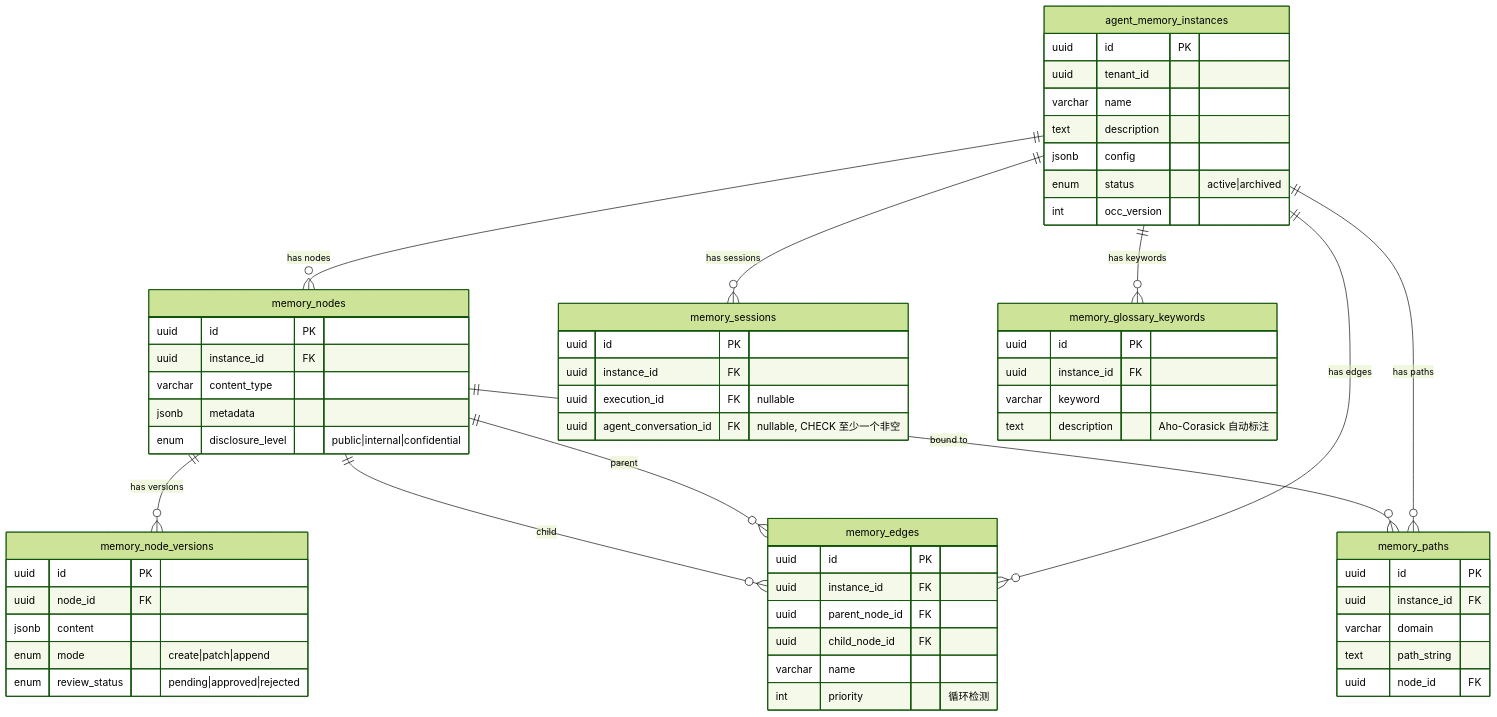
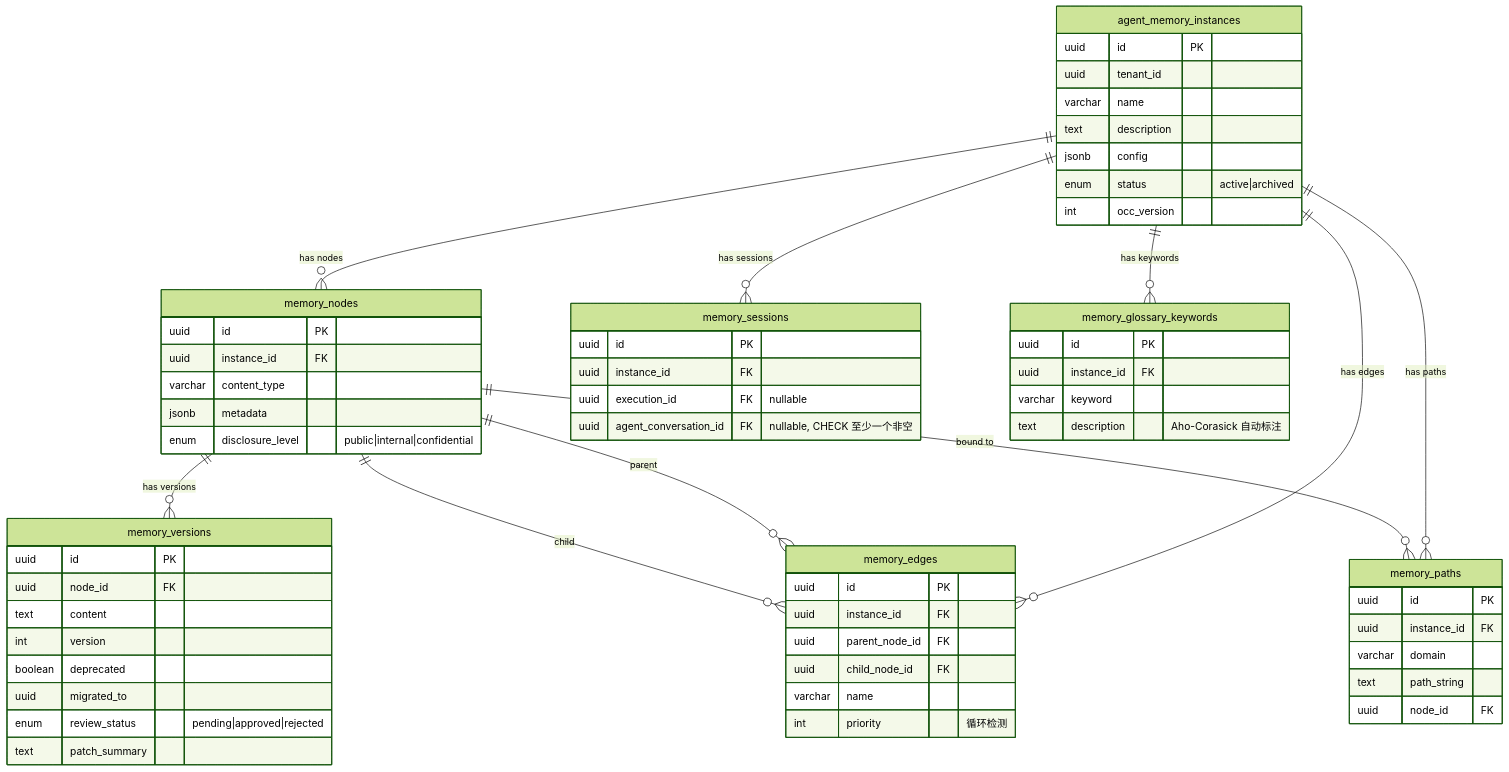
Before and after one commit to Lynricsy/AgentLoom: the sixth of 7 diagrams in agentloom-docs/zh/server/database.md, drawn with Mermaid (forest theme). The commit also changed other lines of this file and 1 other file, not shown here.

Commit message:
docs(server,plugins): 📝 修正 memory_versions 表名 + SDK PortDataType 加入 agent
- database.md: memory_node_versions → memory_versions (对齐代码实际表名)
- database.md: ER 图更新 memory_versions 字段结构
- plugins/sdk.md: 9 种 → 10 种端口数据类型，加入 agent

````diff
--- a/agentloom-docs/zh/server/database.md
+++ b/agentloom-docs/zh/server/database.md
@@ -439,69 +439,72 @@
 ```mermaid
 erDiagram
     agent_memory_instances {
         uuid id PK
         uuid tenant_id
         varchar name
         text description
         jsonb config
         enum status "active|archived"
         int occ_version
     }
 
     memory_nodes {
         uuid id PK
         uuid instance_id FK
         varchar content_type
         jsonb metadata
         enum disclosure_level "public|internal|confidential"
     }
 
     memory_edges {
         uuid id PK
         uuid instance_id FK
         uuid parent_node_id FK
         uuid child_node_id FK
         varchar name
         int priority "循环检测"
     }
 
     memory_paths {
         uuid id PK
         uuid instance_id FK
         varchar domain
         text path_string
         uuid node_id FK
     }
 
-    memory_node_versions {
+    memory_versions {
         uuid id PK
         uuid node_id FK
-        jsonb content
-        enum mode "create|patch|append"
+        text content
+        int version
+        boolean deprecated
+        uuid migrated_to
         enum review_status "pending|approved|rejected"
+        text patch_summary
     }
 
     memory_sessions {
         uuid id PK
         uuid instance_id FK
         uuid execution_id FK "nullable"
         uuid agent_conversation_id FK "nullable, CHECK 至少一个非空"
     }
 
     memory_glossary_keywords {
         uuid id PK
         uuid instance_id FK
         varchar keyword
         text description "Aho-Corasick 自动标注"
     }
 
     agent_memory_instances ||--o{ memory_nodes : "has nodes"
     agent_memory_instances ||--o{ memory_edges : "has edges"
     agent_memory_instances ||--o{ memory_paths : "has paths"
     agent_memory_instances ||--o{ memory_sessions : "has sessions"
     agent_memory_instances ||--o{ memory_glossary_keywords : "has keywords"
-    memory_nodes ||--o{ memory_node_versions : "has versions"
+    memory_nodes ||--o{ memory_versions : "has versions"
     memory_nodes ||--o{ memory_paths : "bound to"
     memory_nodes ||--o{ memory_edges : "parent"
     memory_nodes ||--o{ memory_edges : "child"
 ```
````
